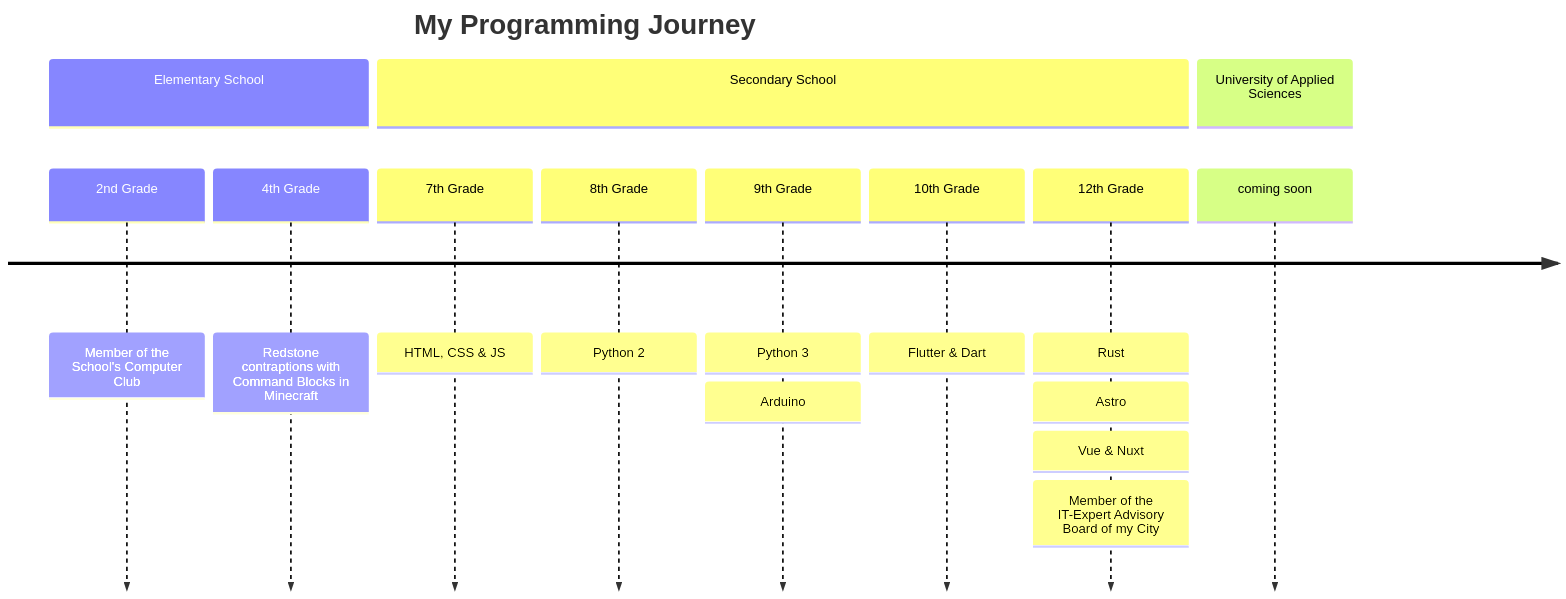
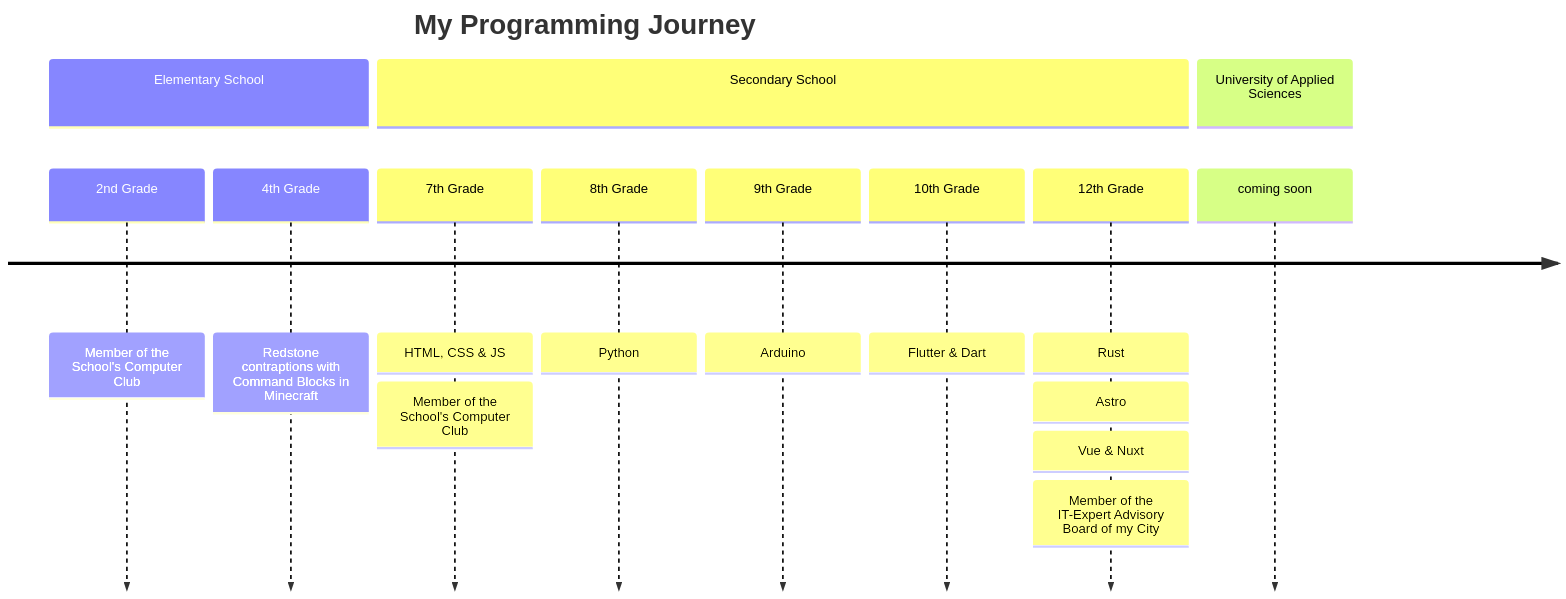
The diagram in README.md (AstragoDE/AstragoDE), drawn with Mermaid before and after one commit.

````diff
--- a/README.md
+++ b/README.md
@@ -46,22 +46,22 @@
 ```mermaid
 timeline
     title My Programming Journey
 
     section Elementary School
         2nd Grade   : Member of the School's Computer Club
         4th Grade   : Redstone contraptions with Command Blocks in Minecraft
 
     section Secondary School
         7th Grade   : HTML, CSS & JS
-        8th Grade   : Python 2
-        9th Grade   : Python 3
-                    : Arduino
+                    : Member of the School's Computer Club
+        8th Grade   : Python
+        9th Grade   : Arduino
         10th Grade  : Flutter & Dart
         12th Grade  : Rust
                     : Astro
                     : Vue & Nuxt
                     : Member of the IT-Expert Advisory Board of my City
 
     section University of Applied Sciences
         coming soon
 ```
````
